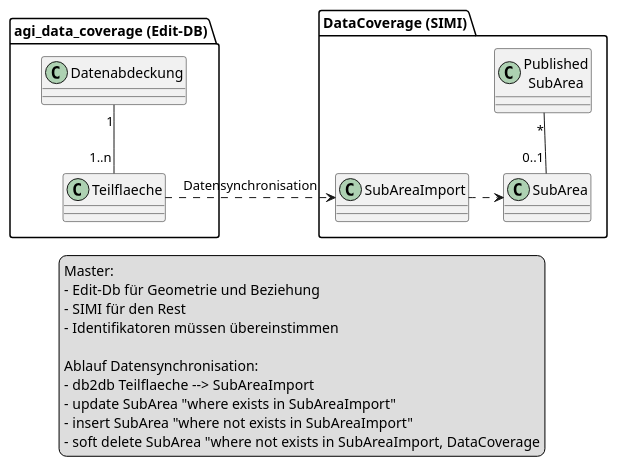
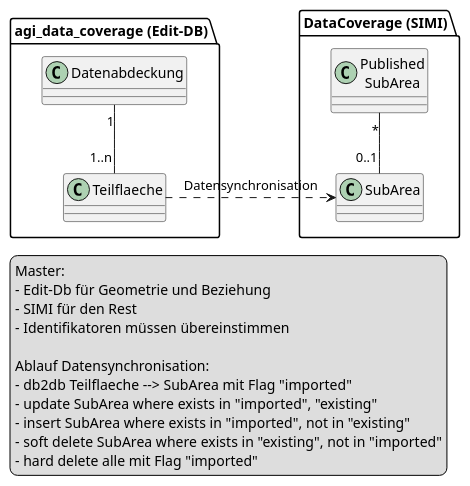
Before and after one commit to sogis/simi: the diagram in modeldoc/resources/theme/datacoverage.puml, drawn with PlantUML. The commit also changed 2 other files, not shown here.

```diff
--- a/modeldoc/resources/theme/datacoverage.puml
+++ b/modeldoc/resources/theme/datacoverage.puml
@@ -1,35 +1,34 @@
 @startuml
 
 package "agi_data_coverage (Edit-DB)" {
   class "Datenabdeckung" as da
   class "Teilflaeche" as tf
   
   da "1" -- "1..n" tf
 }
 
 package "DataCoverage (SIMI)" {
   class "SubArea" as sa
-  class "SubAreaImport" as si
   class "Published\nSubArea" as pa
   
   pa "*" -- "0..1" sa
 }
 
-tf .right.> si : Datensynchronisation
-si .right.> sa
+tf .right.> sa : Datensynchronisation
 
 
 legend
   Master: 
   - Edit-Db für Geometrie und Beziehung
   - SIMI für den Rest
   - Identifikatoren müssen übereinstimmen
   
   Ablauf Datensynchronisation:
-  - db2db Teilflaeche --> SubAreaImport
-  - update SubArea "where exists in SubAreaImport"
-  - insert SubArea "where not exists in SubAreaImport"
-  - soft delete SubArea "where not exists in SubAreaImport, DataCoverage
+  - db2db Teilflaeche --> SubArea mit Flag "imported"
+  - update SubArea where exists in "imported", "existing"
+  - insert SubArea where exists in "imported", not in "existing"
+  - soft delete SubArea where exists in "existing", not in "imported"
+  - hard delete alle mit Flag "imported"
 end legend
 
 @enduml
```
